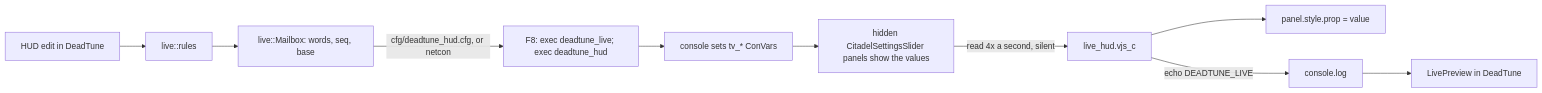
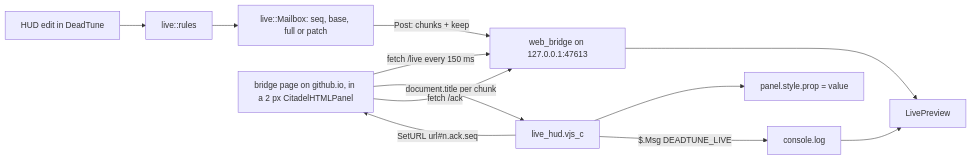
One commit to simulieren/deadtune changed the diagram in docs/plans/live-hud/plan.md. Above: the diagram before and after it, drawn with Mermaid. The commit also changed other lines of this file and 3 other files, not shown here.

First line of the commit message:
docs: live HUD bridge design, evidence and credits

````diff
--- a/docs/plans/live-hud/plan.md
+++ b/docs/plans/live-hud/plan.md
@@ -34,10 +29,11 @@
 ```mermaid
 flowchart LR
-  E[HUD edit in DeadTune] --> R[live::rules] --> M[live::Mailbox: words, seq, base]
-  M -->|cfg/deadtune_hud.cfg, or netcon| K[F8: exec deadtune_live; exec deadtune_hud]
-  K --> C[console sets tv_* ConVars]
-  C --> S[hidden CitadelSettingsSlider panels show the values]
-  S -->|read 4x a second, silent| J[live_hud.vjs_c]
-  J --> P[panel.style.prop = value]
-  J -->|echo DEADTUNE_LIVE| L[console.log] --> T[LivePreview in DeadTune]
+  E[HUD edit in DeadTune] --> R[live::rules] --> M[live::Mailbox: seq, base, full or patch]
+  M -->|Post: chunks + keep| B[web_bridge on 127.0.0.1:47613]
+  P[bridge page on github.io, in a 2 px CitadelHTMLPanel] -->|fetch /live every 150 ms| B
+  P -->|document.title per chunk| J[live_hud.vjs_c]
+  J --> S[panel.style.prop = value]
+  J -->|SetURL url#n.ack.seq| P -->|fetch /ack| B
+  J -->|$.Msg DEADTUNE_LIVE| L[console.log] --> T[LivePreview]
+  B --> T
 ```
````
